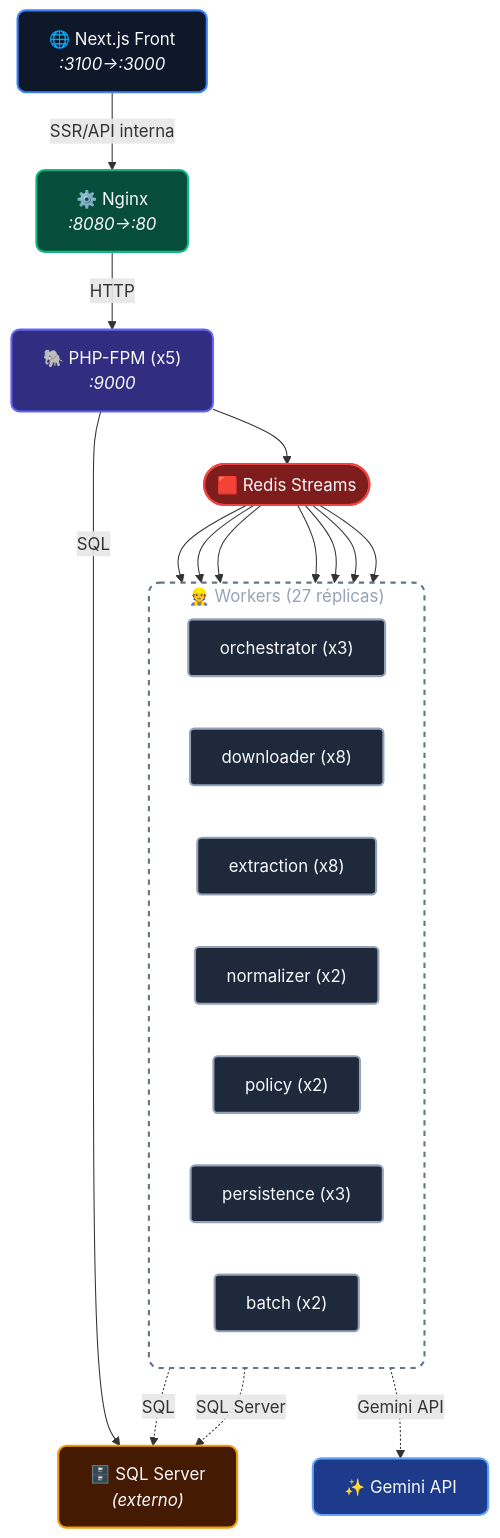
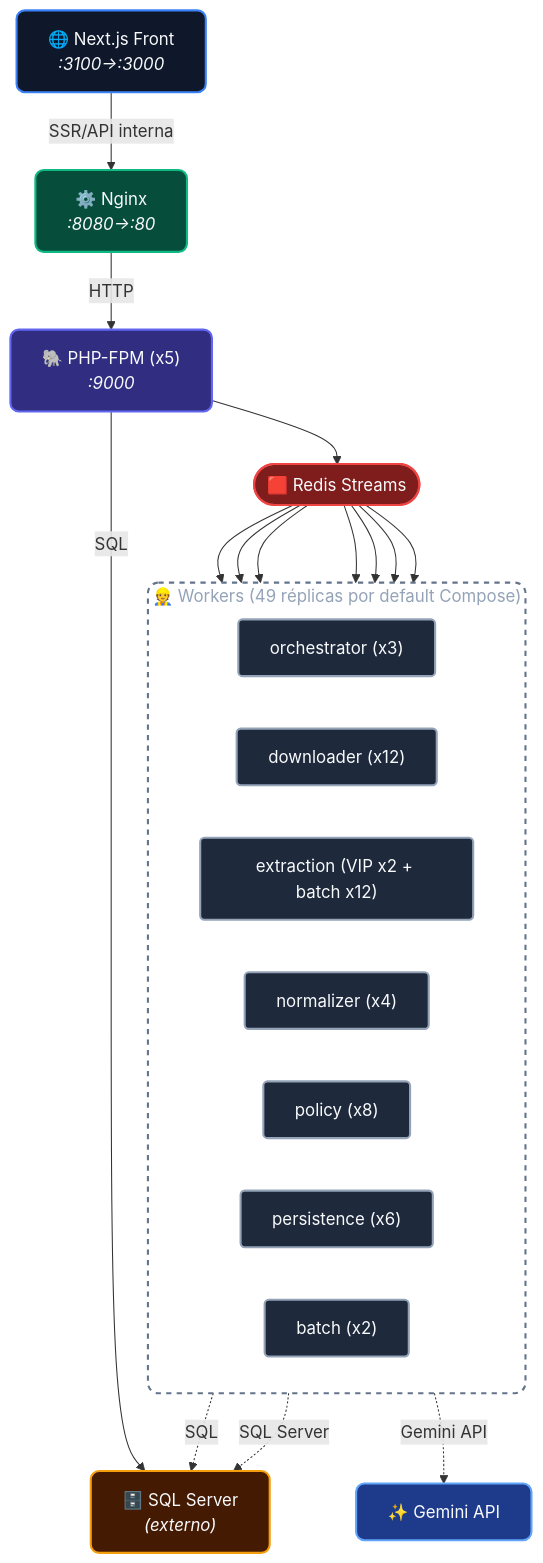
Before and after one commit to jfrem/AudFact: the diagram in plans/docker-operations.md, drawn with Mermaid. The commit also changed other lines of this file and 158 other files, not shown here.

````diff
--- a/plans/docker-operations.md
+++ b/plans/docker-operations.md
@@ -5,64 +45,64 @@
 ```mermaid
 flowchart TD
     %% Main Services
     NextJS["🌐 Next.js Front<br/><i>:3100→:3000</i>"]
     Nginx["⚙️ Nginx<br/><i>:8080→:80</i>"]
     PHP["🐘 PHP-FPM (x5)<br/><i>:9000</i>"]
     SQL["🗄️ SQL Server<br/><i>(externo)</i>"]
-    
+
     %% Event Bus
     Redis(["🟥 Redis Streams"])
 
     %% Async Workers
-    subgraph Workers ["👷 Workers (27 réplicas)"]
+    subgraph Workers ["👷 Workers (49 réplicas por default Compose)"]
         direction LR
         Orchestrator["orchestrator (x3)"]
-        Downloader["downloader (x8)"]
-        Extraction["extraction (x8)"]
-        Normalizer["normalizer (x2)"]
-        Policy["policy (x2)"]
-        Persistence["persistence (x3)"]
+        Downloader["downloader (x12)"]
+        Extraction["extraction (VIP x2 + batch x12)"]
+        Normalizer["normalizer (x4)"]
+        Policy["policy (x8)"]
+        Persistence["persistence (x6)"]
         Batch["batch (x2)"]
     end
-    
+
     %% External API
     Gemini["✨ Gemini API"]
 
     %% Connections - Frontend to Backend
     NextJS -- "SSR/API interna" --> Nginx
     Nginx -- "HTTP" --> PHP
     PHP -- "SQL" --> SQL
-    
+
     %% Connections - Async Pipeline
     PHP --> Redis
     Redis --> Orchestrator
     Redis --> Downloader
     Redis --> Extraction
     Redis --> Normalizer
     Redis --> Policy
     Redis --> Persistence
     Redis --> Batch
-    
+
     %% Worker Dependencies
     Downloader -. "SQL" .-> SQL
     Extraction -. "Gemini API" .-> Gemini
     Persistence -. "SQL Server" .-> SQL
 
     %% Styles
     classDef frontend fill:#0f172a,stroke:#3b82f6,stroke-width:2px,color:#f8fafc,rx:8px,ry:8px
     classDef proxy fill:#064e3b,stroke:#10b981,stroke-width:2px,color:#f8fafc,rx:8px,ry:8px
     classDef api fill:#312e81,stroke:#6366f1,stroke-width:2px,color:#f8fafc,rx:8px,ry:8px
     classDef db fill:#451a03,stroke:#f59e0b,stroke-width:2px,color:#f8fafc,rx:8px,ry:8px
     classDef cache fill:#7f1d1d,stroke:#ef4444,stroke-width:2px,color:#f8fafc,rx:20px,ry:20px
     classDef worker fill:#1e293b,stroke:#94a3b8,stroke-width:2px,color:#f8fafc,rx:4px,ry:4px
     classDef external fill:#1e3a8a,stroke:#60a5fa,stroke-width:2px,color:#f8fafc,rx:8px,ry:8px
 
     class NextJS frontend
     class Nginx proxy
     class PHP api
     class SQL db
     class Redis cache
     class Orchestrator,Downloader,Extraction,Normalizer,Policy,Persistence,Batch worker
     class Gemini external
     style Workers fill:transparent,stroke:#64748b,stroke-width:2px,stroke-dasharray: 5 5,color:#94a3b8,rx:10px
 ```
````
